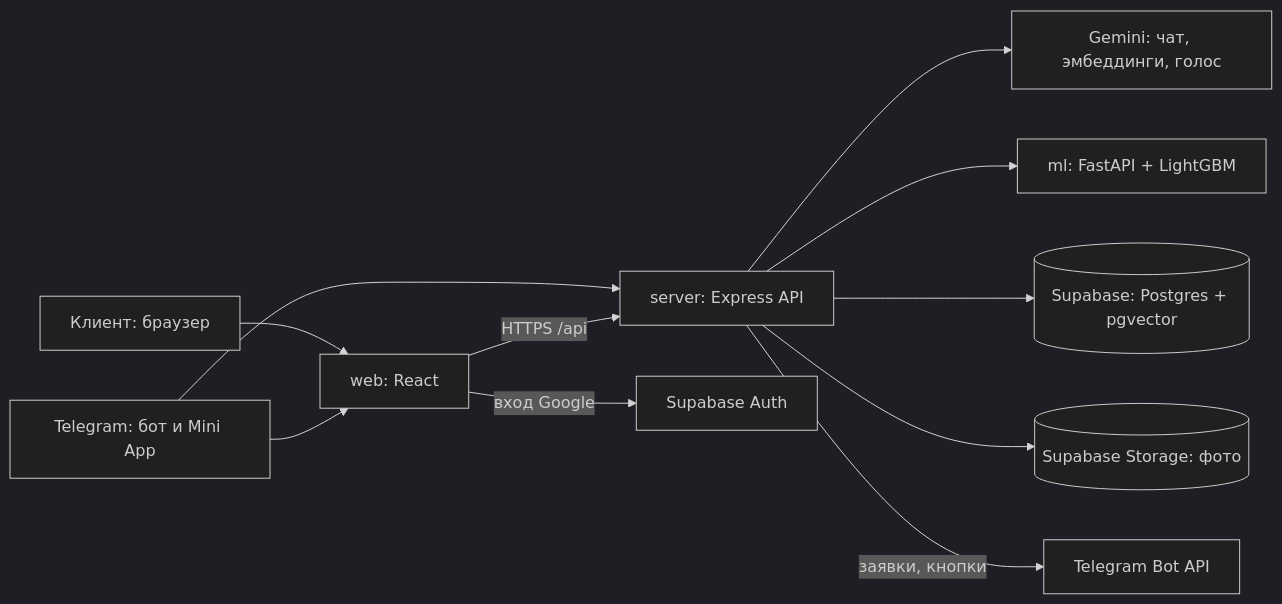
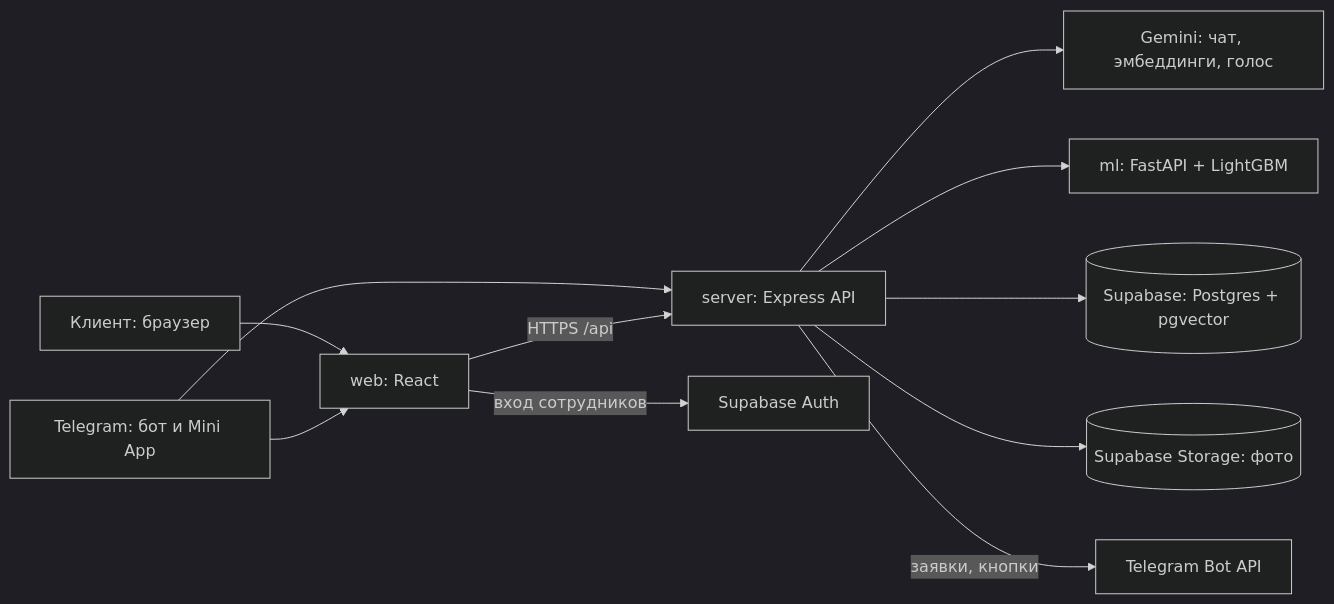
The first of 3 diagrams in docs/DIPLOMA.md (mardonaabubakirova10-cyber/TashHome), drawn with Mermaid (dark theme) before and after one commit. The commit also changed other lines of this file and 19 other files, not shown here.

First line of the commit message:
логотип с телебашней и флагом, убран вход через Google, башня виднее на телефоне, документы

````diff
--- a/docs/DIPLOMA.md
+++ b/docs/DIPLOMA.md
@@ -19,13 +28,13 @@
 ```mermaid
 flowchart LR
   U[Клиент: браузер] --> W[web: React]
   T[Telegram: бот и Mini App] --> S
   T --> W
   W -->|HTTPS /api| S[server: Express API]
   S --> G[Gemini: чат, эмбеддинги, голос]
   S --> M[ml: FastAPI + LightGBM]
   S --> DB[(Supabase: Postgres + pgvector)]
   S --> ST[(Supabase Storage: фото)]
   S -->|заявки, кнопки| TG[Telegram Bot API]
-  W -->|вход Google| A[Supabase Auth]
+  W -->|вход сотрудников| A[Supabase Auth]
 ```
````
